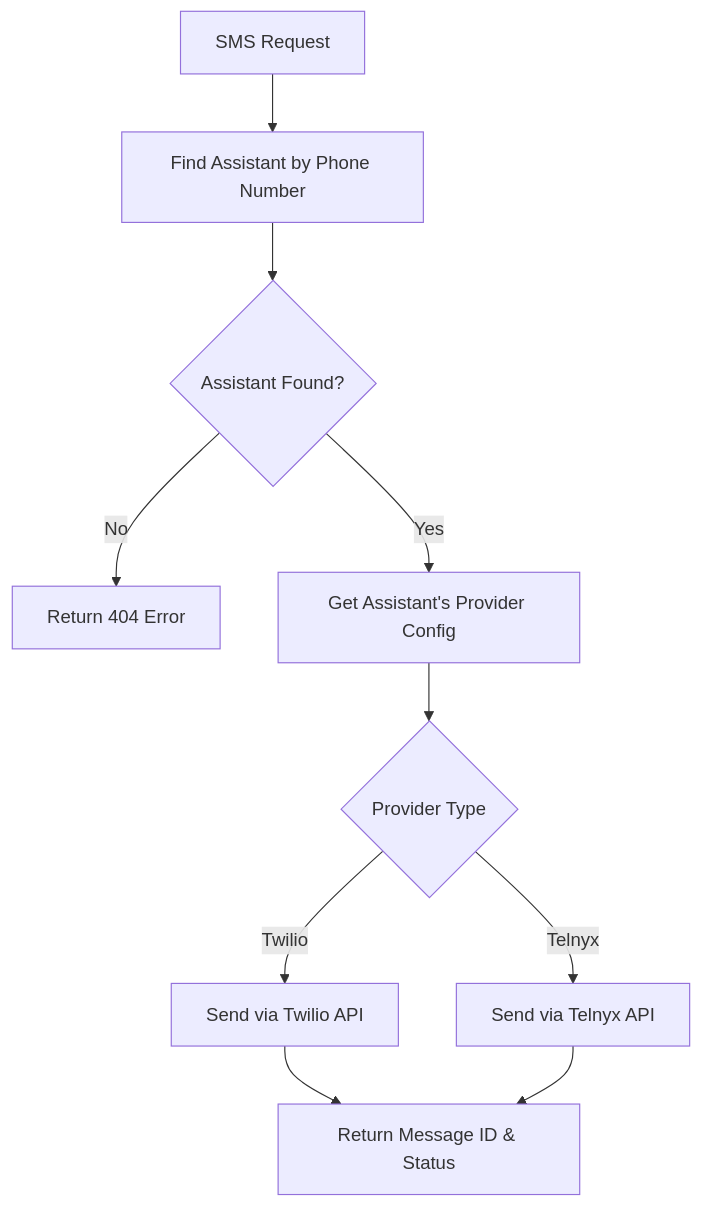
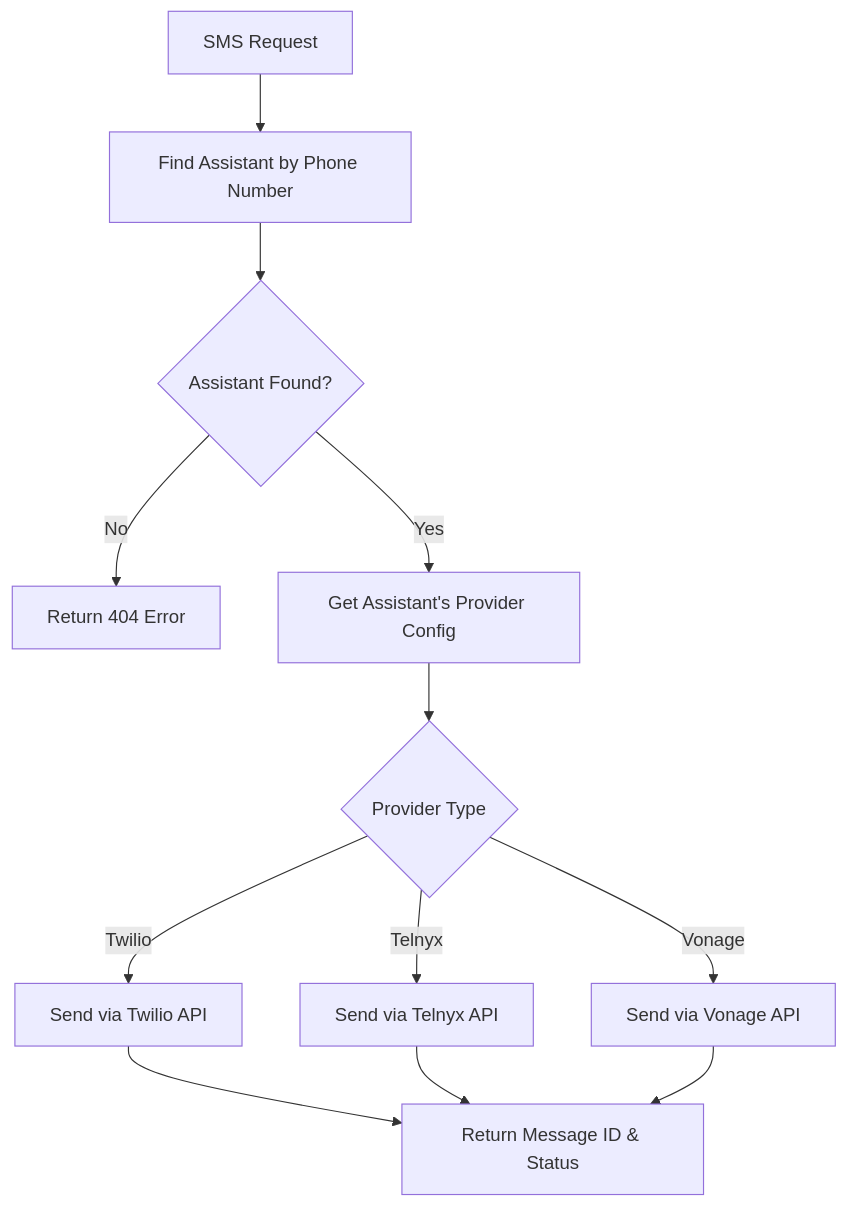
Before and after one commit to meeran03/mintlify-docs: the diagram in messaging.mdx, drawn with Mermaid. The commit also changed other lines of this file and 64 other files, not shown here.

````diff
--- a/messaging.mdx
+++ b/messaging.mdx
@@ -35,12 +35,14 @@
 ```mermaid
 graph TD
     A[SMS Request] --> B[Find Assistant by Phone Number]
     B --> C{Assistant Found?}
     C -->|No| D[Return 404 Error]
     C -->|Yes| E[Get Assistant's Provider Config]
     E --> F{Provider Type}
     F -->|Twilio| G[Send via Twilio API]
     F -->|Telnyx| H[Send via Telnyx API]
+    F -->|Vonage| V[Send via Vonage API]
     G --> I[Return Message ID & Status]
     H --> I
+    V --> I
 ```
````
